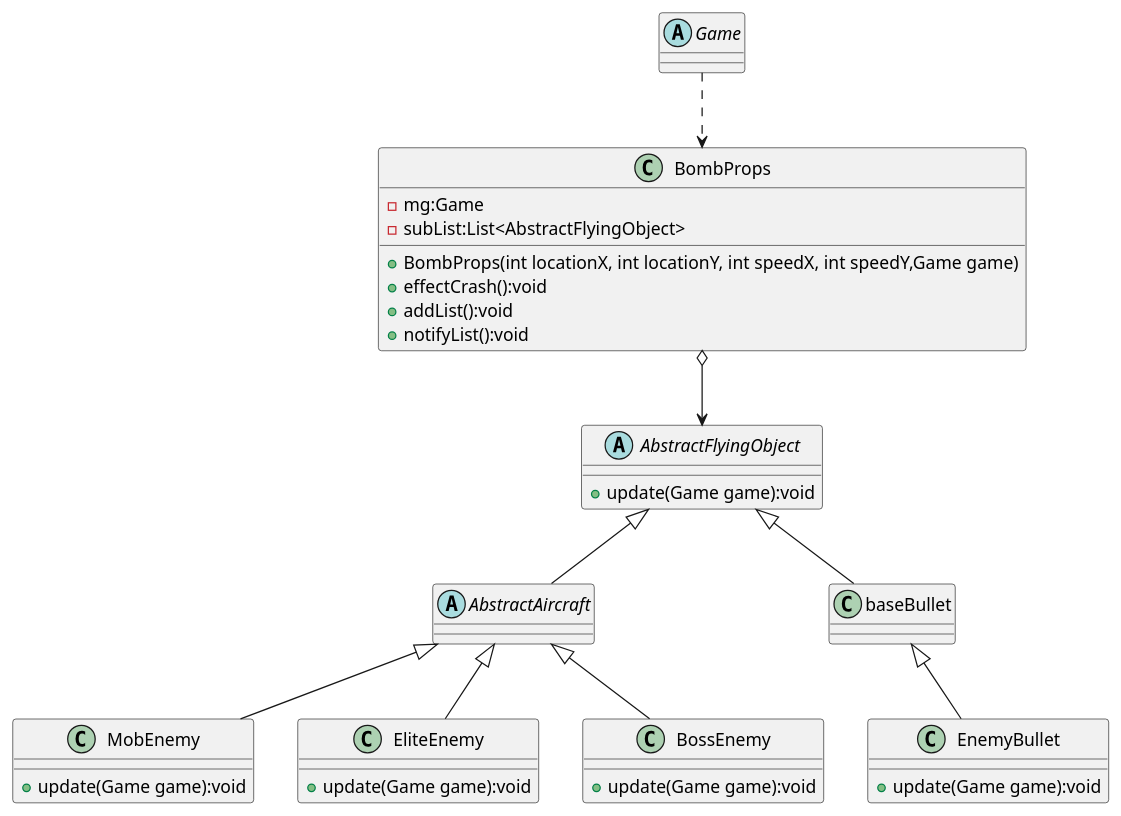
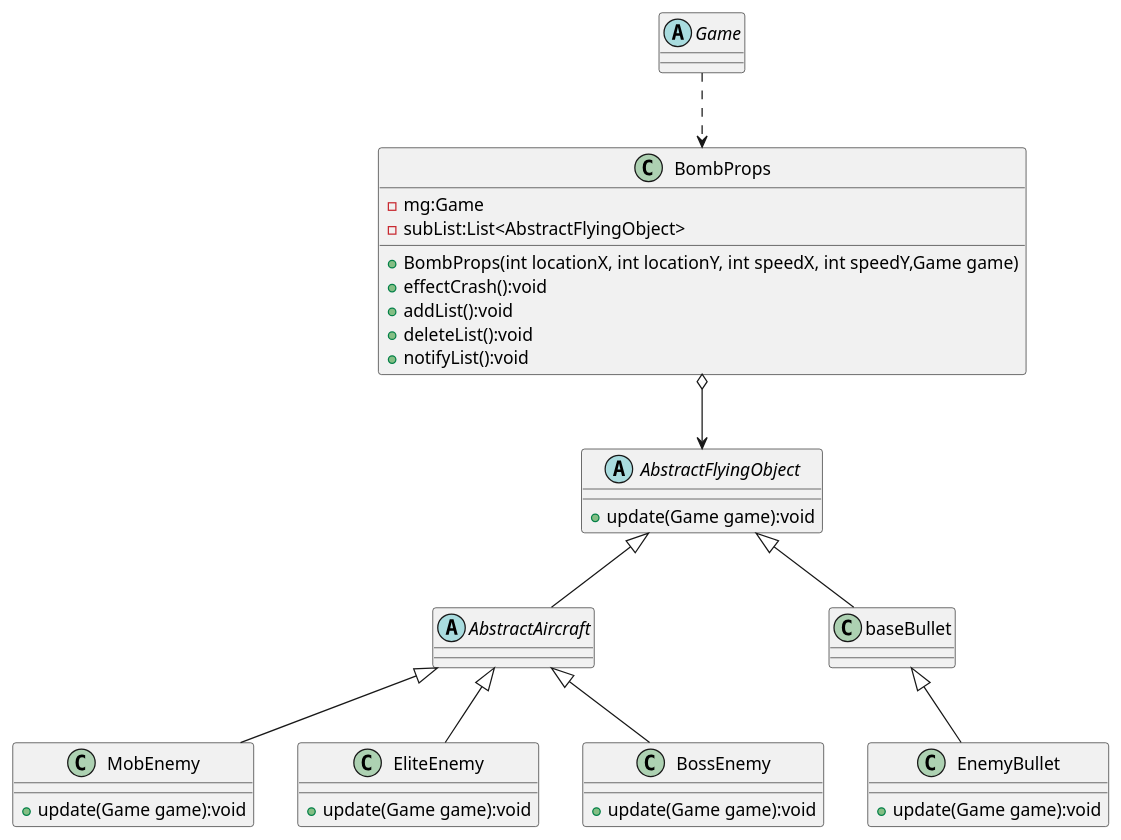
The diagram in exp1/AircraftWar-base/uml/Observer.puml (Wu-Fisher/oop_exp_java), drawn with PlantUML before and after one commit. The commit also changed 87 other files, not shown here.

```diff
--- a/exp1/AircraftWar-base/uml/Observer.puml
+++ b/exp1/AircraftWar-base/uml/Observer.puml
@@ -1,47 +1,48 @@
 @startuml
 abstract class Game{}
 class BombProps
 {
 - mg:Game
 - subList:List<AbstractFlyingObject>
 + BombProps(int locationX, int locationY, int speedX, int speedY,Game game)
 + effectCrash():void
 + addList():void
++ deleteList():void
 + notifyList():void
 }
 Game..>BombProps
 BombProps o-->AbstractFlyingObject
 
 abstract class AbstractFlyingObject
 {
 + update(Game game):void
 }
 abstract class AbstractAircraft extends AbstractFlyingObject
 {
 }
 class baseBullet extends AbstractFlyingObject
 {
 }
 
 class MobEnemy extends AbstractAircraft
 {
 + update(Game game):void
 }
 class EliteEnemy extends AbstractAircraft
 {
 + update(Game game):void
 }
 class BossEnemy extends AbstractAircraft
 {
 + update(Game game):void
 }
 
 class EnemyBullet extends baseBullet
 {
 + update(Game game):void
 }
 
 
 
 
 @enduml
```
